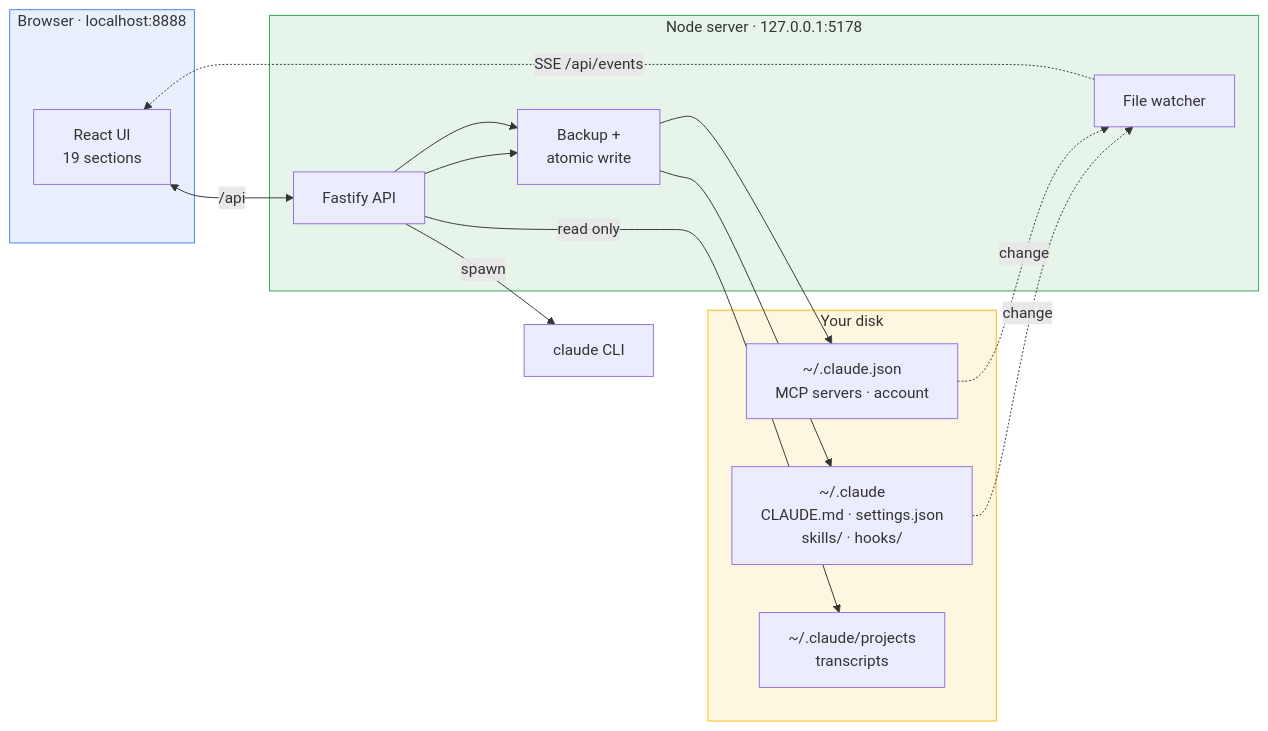
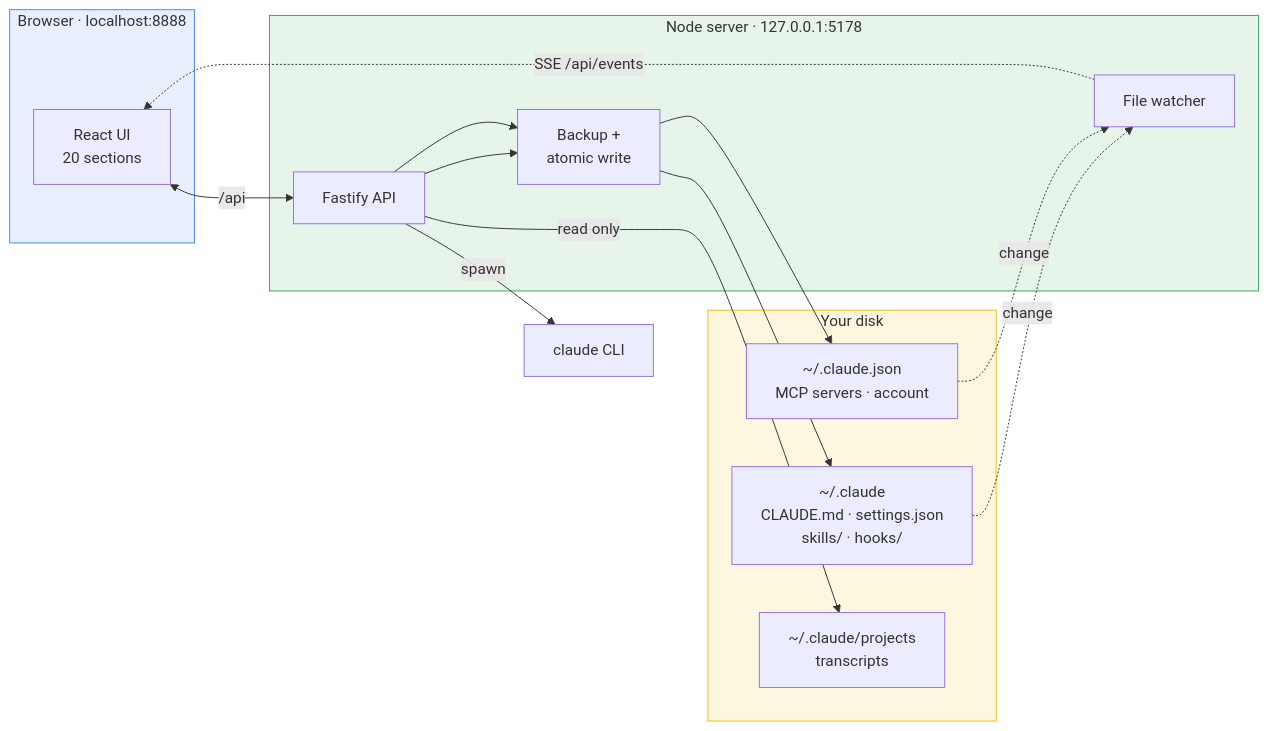
The first of 2 diagrams in README.md (rusyander/claude-control), drawn with Mermaid before and after one commit. The commit also changed other lines of this file and 81 other files, not shown here.

````diff
--- a/README.md
+++ b/README.md
@@ -78,33 +79,33 @@
 ```mermaid
 flowchart LR
     subgraph browser["Browser · localhost:8888"]
-        UI["React UI<br/>19 sections"]
+        UI["React UI<br/>20 sections"]
     end
 
     subgraph server["Node server · 127.0.0.1:5178"]
         API["Fastify API"]
         WATCH["File watcher"]
         SAFE["Backup +<br/>atomic write"]
     end
 
     subgraph disk["Your disk"]
         CFG["~/.claude<br/>CLAUDE.md · settings.json<br/>skills/ · hooks/"]
         MCP["~/.claude.json<br/>MCP servers · account"]
         TR["~/.claude/projects<br/>transcripts"]
     end
 
     CLI["claude CLI"]
 
     UI <-->|"/api"| API
     API --> SAFE --> CFG
     API --> SAFE --> MCP
     API -->|read only| TR
     API -->|spawn| CLI
     CFG -.->|change| WATCH
     MCP -.->|change| WATCH
     WATCH -.->|"SSE /api/events"| UI
 
     style browser fill:#e8f0fe,stroke:#4285f4
     style server fill:#e6f4ea,stroke:#34a853
     style disk fill:#fef7e0,stroke:#fbbc04
 ```
````
